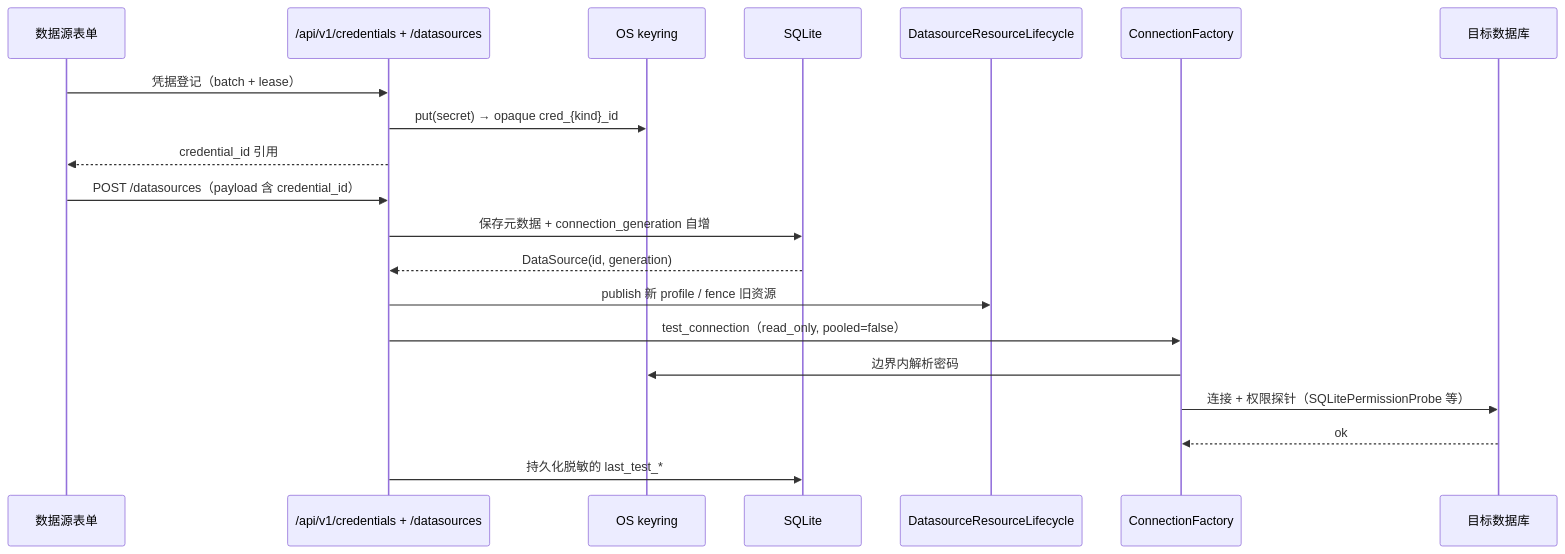
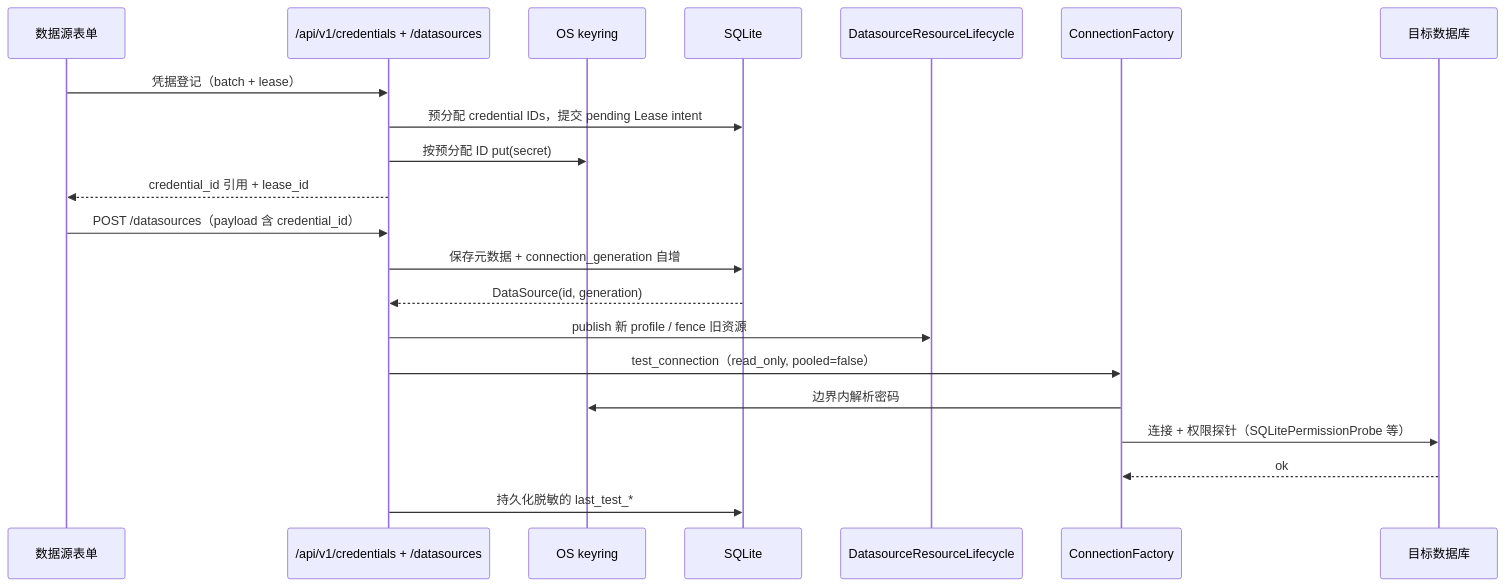
The sixth of 7 diagrams in docs/codebase-architecture-analysis.md (trrueee/DBFox), drawn with Mermaid before and after one commit. The commit also changed other lines of this file and 35 other files, not shown here.

Commit message:
chore(desktop): align build quality and architecture docs

````diff
--- a/docs/codebase-architecture-analysis.md
+++ b/docs/codebase-architecture-analysis.md
@@ -273,23 +273,24 @@
 ```mermaid
 sequenceDiagram
     participant UI as 数据源表单
     participant API as /api/v1/credentials + /datasources
     participant VAULT as OS keyring
     participant META as SQLite
     participant LC as DatasourceResourceLifecycle
     participant FACTORY as ConnectionFactory
     participant UDB as 目标数据库
 
     UI->>API: 凭据登记（batch + lease）
-    API->>VAULT: put(secret) → opaque cred_{kind}_id
-    API-->>UI: credential_id 引用
+    API->>META: 预分配 credential IDs，提交 pending Lease intent
+    API->>VAULT: 按预分配 ID put(secret)
+    API-->>UI: credential_id 引用 + lease_id
     UI->>API: POST /datasources（payload 含 credential_id）
     API->>META: 保存元数据 + connection_generation 自增
     META-->>API: DataSource(id, generation)
     API->>LC: publish 新 profile / fence 旧资源
     API->>FACTORY: test_connection（read_only, pooled=false）
     FACTORY->>VAULT: 边界内解析密码
     FACTORY->>UDB: 连接 + 权限探针（SQLitePermissionProbe 等）
     UDB-->>FACTORY: ok
     API->>META: 持久化脱敏的 last_test_*
 ```
````
